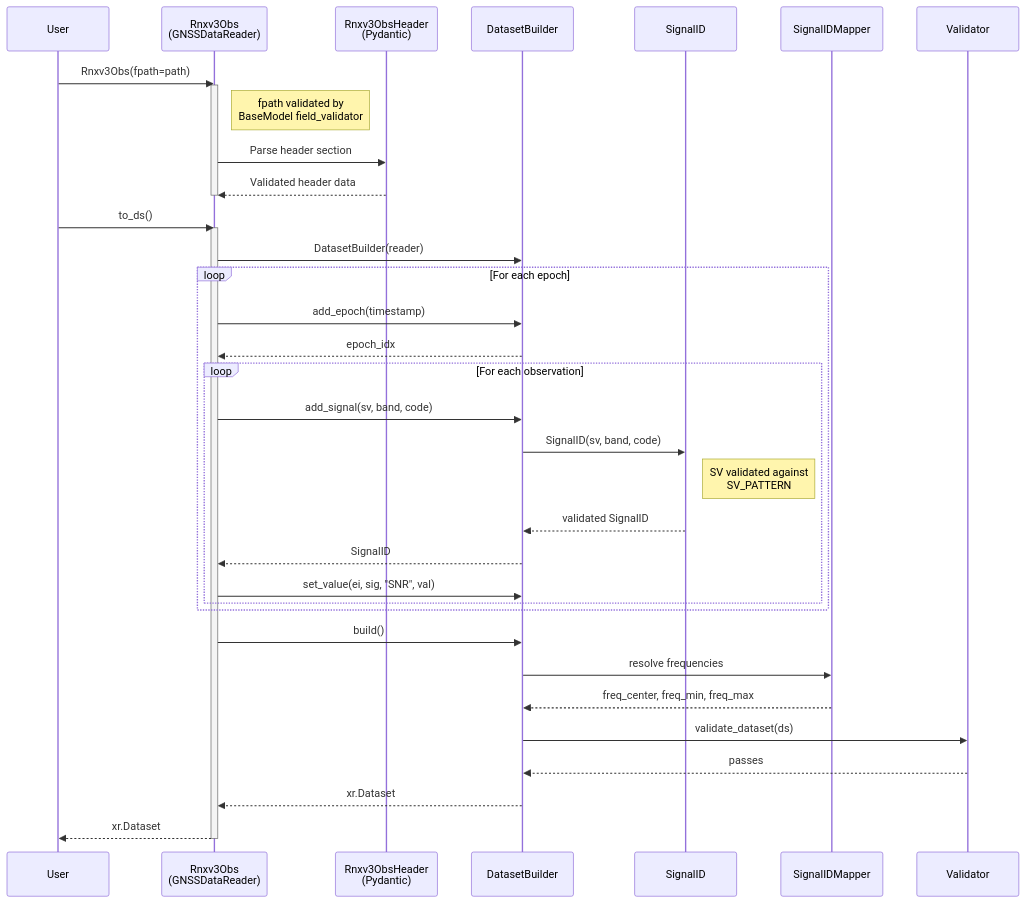
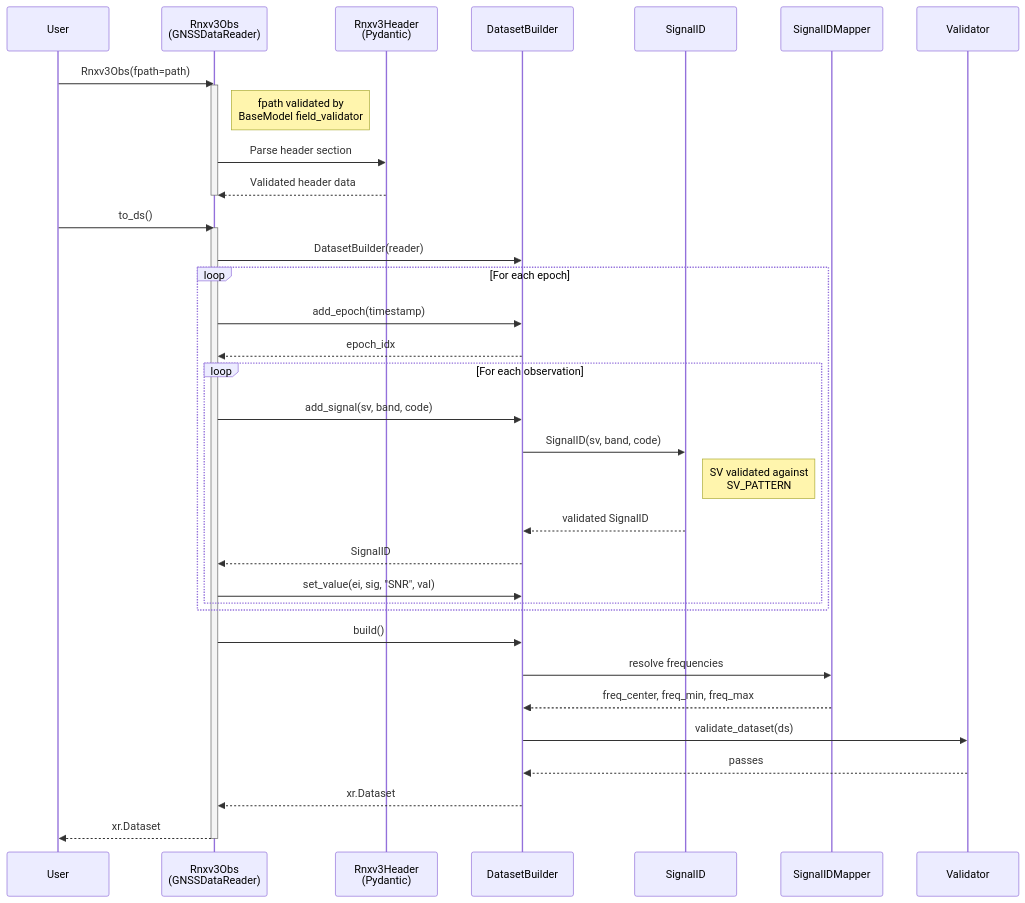
The second of 2 diagrams in docs/packages/readers/architecture.md (konstantinschellenberg/canvodpy), drawn with Mermaid before and after one commit. The commit also changed other lines of this file and 5 other files, not shown here.

````diff
--- a/docs/packages/readers/architecture.md
+++ b/docs/packages/readers/architecture.md
@@ -231,46 +231,46 @@
 ```mermaid
 sequenceDiagram
     participant User
     participant Reader as Rnxv3Obs<br/>(GNSSDataReader)
-    participant Header as Rnxv3ObsHeader<br/>(Pydantic)
+    participant Header as Rnxv3Header<br/>(Pydantic)
     participant Builder as DatasetBuilder
     participant SigID as SignalID
     participant Mapper as SignalIDMapper
     participant Validator
 
     User->>Reader: Rnxv3Obs(fpath=path)
     activate Reader
     Note right of Reader: fpath validated by<br/>BaseModel field_validator
     Reader->>Header: Parse header section
     Header-->>Reader: Validated header data
     deactivate Reader
 
     User->>Reader: to_ds()
     activate Reader
     Reader->>Builder: DatasetBuilder(reader)
 
     loop For each epoch
         Reader->>Builder: add_epoch(timestamp)
         Builder-->>Reader: epoch_idx
 
         loop For each observation
             Reader->>Builder: add_signal(sv, band, code)
             Builder->>SigID: SignalID(sv, band, code)
             Note right of SigID: SV validated against<br/>SV_PATTERN
             SigID-->>Builder: validated SignalID
             Builder-->>Reader: SignalID
 
             Reader->>Builder: set_value(ei, sig, "SNR", val)
         end
     end
 
     Reader->>Builder: build()
     Builder->>Mapper: resolve frequencies
     Mapper-->>Builder: freq_center, freq_min, freq_max
     Builder->>Validator: validate_dataset(ds)
     Validator-->>Builder: passes
     Builder-->>Reader: xr.Dataset
 
     Reader-->>User: xr.Dataset
     deactivate Reader
 ```
````
